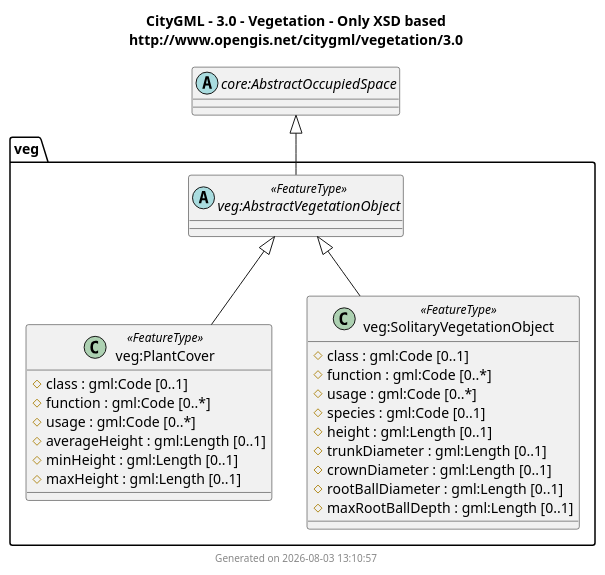
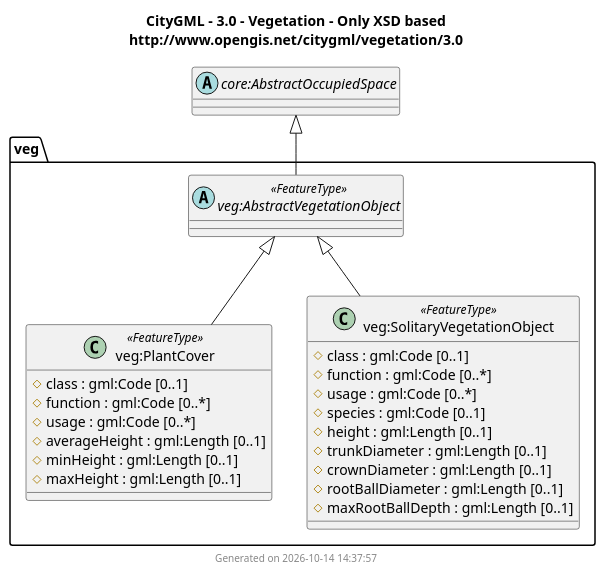
The diagram in docs/output/CityGML/3.0/UMLClassDiagram/vegetation.puml (muratkendir/every-class), drawn with PlantUML before and after one commit. The commit also changed 39 other files, not shown here.

First line of the commit message:
Add xAL 3.0 suite, PlantUML namespace-safe aliases, inlined combined diagrams, and step 10 compilations

```diff
--- a/docs/output/CityGML/3.0/UMLClassDiagram/vegetation.puml
+++ b/docs/output/CityGML/3.0/UMLClassDiagram/vegetation.puml
@@ -1,80 +1,80 @@
 @startuml
 title
   CityGML - 3.0 - Vegetation - Only XSD based
   http://www.opengis.net/citygml/vegetation/3.0
 end title
 
 package veg {
-abstract class "veg:ADEOfAbstractVegetationObject" $adeOf
-class "veg:ADEOfAbstractVegetationObjectProperty" $property $adeOf {
+abstract class "veg:ADEOfAbstractVegetationObject" as veg_ADEOfAbstractVegetationObject $adeOf
+class "veg:ADEOfAbstractVegetationObjectProperty" as veg_ADEOfAbstractVegetationObjectProperty $property $adeOf {
   ADEOfAbstractVegetationObject : veg:ADEOfAbstractVegetationObject
 }
-abstract class "veg:ADEOfPlantCover" $adeOf
-class "veg:ADEOfPlantCoverProperty" $property $adeOf {
+abstract class "veg:ADEOfPlantCover" as veg_ADEOfPlantCover $adeOf
+class "veg:ADEOfPlantCoverProperty" as veg_ADEOfPlantCoverProperty $property $adeOf {
   ADEOfPlantCover : veg:ADEOfPlantCover
 }
-abstract class "veg:ADEOfSolitaryVegetationObject" $adeOf
-class "veg:ADEOfSolitaryVegetationObjectProperty" $property $adeOf {
+abstract class "veg:ADEOfSolitaryVegetationObject" as veg_ADEOfSolitaryVegetationObject $adeOf
+class "veg:ADEOfSolitaryVegetationObjectProperty" as veg_ADEOfSolitaryVegetationObjectProperty $property $adeOf {
   ADEOfSolitaryVegetationObject : veg:ADEOfSolitaryVegetationObject
 }
-abstract class "veg:AbstractVegetationObject" <<FeatureType>> {
+abstract class "veg:AbstractVegetationObject" as veg_AbstractVegetationObject <<FeatureType>> {
   ~ adeOfAbstractVegetationObject : veg:ADEOfAbstractVegetationObject [0..*]
 }
-class "veg:AbstractVegetationObjectProperty" $property {
+class "veg:AbstractVegetationObjectProperty" as veg_AbstractVegetationObjectProperty $property {
   AbstractVegetationObject : veg:AbstractVegetationObject
 }
-class "veg:PlantCover" <<FeatureType>> {
+class "veg:PlantCover" as veg_PlantCover <<FeatureType>> {
   # class : gml:Code [0..1]
   # function : gml:Code [0..*]
   # usage : gml:Code [0..*]
   # averageHeight : gml:Length [0..1]
   # minHeight : gml:Length [0..1]
   # maxHeight : gml:Length [0..1]
   ~ adeOfPlantCover : veg:ADEOfPlantCover [0..*]
 }
-class "veg:PlantCoverProperty" $property {
+class "veg:PlantCoverProperty" as veg_PlantCoverProperty $property {
   PlantCover : veg:PlantCover
 }
-class "veg:SolitaryVegetationObject" <<FeatureType>> {
+class "veg:SolitaryVegetationObject" as veg_SolitaryVegetationObject <<FeatureType>> {
   # class : gml:Code [0..1]
   # function : gml:Code [0..*]
   # usage : gml:Code [0..*]
   # species : gml:Code [0..1]
   # height : gml:Length [0..1]
   # trunkDiameter : gml:Length [0..1]
   # crownDiameter : gml:Length [0..1]
   # rootBallDiameter : gml:Length [0..1]
   # maxRootBallDepth : gml:Length [0..1]
   ~ adeOfSolitaryVegetationObject : veg:ADEOfSolitaryVegetationObject [0..*]
 }
-class "veg:SolitaryVegetationObjectProperty" $property {
+class "veg:SolitaryVegetationObjectProperty" as veg_SolitaryVegetationObjectProperty $property {
   SolitaryVegetationObject : veg:SolitaryVegetationObject
 }
 }
 
 ' External types (unresolved namespaces)
-abstract class "core:AbstractOccupiedSpace"
+abstract class "core:AbstractOccupiedSpace" as core_AbstractOccupiedSpace
 
-"core:AbstractOccupiedSpace" <|-- "veg:AbstractVegetationObject"
-"veg:AbstractVegetationObject" <|-- "veg:PlantCover"
-"veg:AbstractVegetationObject" <|-- "veg:SolitaryVegetationObject"
+"core_AbstractOccupiedSpace" <|-- "veg_AbstractVegetationObject"
+"veg_AbstractVegetationObject" <|-- "veg_PlantCover"
+"veg_AbstractVegetationObject" <|-- "veg_SolitaryVegetationObject"
 
 ' ADE hook classes are removed from rendering by default;
 ' remove the next line to show them.
 remove $adeOf
 
 ' Property pseudo-classes are removed from rendering by default;
 ' remove the next line to show them.
 remove $property
 
 ' ADE hook attributes are marked as package members (~ ) and
 ' hidden from rendering by default; remove the next line to show them.
 hide package members
 
 ' Attributes with value types from other namespaces are marked as
 ' protected members (# ) and shown by default; uncomment the next
 ' line to hide them.
 ' hide protected members
 
-footer Generated on 2026-08-03 13:10:57
+footer Generated on 2026-10-14 14:37:57
 @enduml
```
